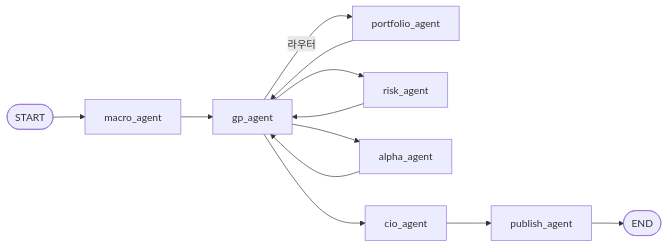
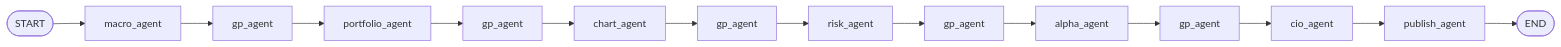
Before and after one commit to JamesYang76/AlphaInvest: the diagram in CODEBASE.md, drawn with Mermaid. The commit also changed other lines of this file and 58 other files, not shown here.

````diff
--- a/CODEBASE.md
+++ b/CODEBASE.md
@@ -11,14 +11,16 @@
 ```mermaid
 flowchart LR
   START([START]) --> Macro[macro_agent]
-  Macro --> GP[gp_agent]
-  GP -->|라우터| Portfolio[portfolio_agent]
-  Portfolio --> GP
-  GP --> Risk[risk_agent]
-  Risk --> GP
-  GP --> Alpha[alpha_agent]
-  Alpha --> GP
-  GP --> CIO[cio_agent]
+  Macro --> GP1[gp_agent]
+  GP1 --> Portfolio[portfolio_agent]
+  Portfolio --> GP2[gp_agent]
+  GP2 --> Chart[chart_agent]
+  Chart --> GP3[gp_agent]
+  GP3 --> Risk[risk_agent]
+  Risk --> GP4[gp_agent]
+  GP4 --> Alpha[alpha_agent]
+  Alpha --> GP5[gp_agent]
+  GP5 --> CIO[cio_agent]
   CIO --> Publish[publish_agent]
   Publish --> END([END])
 ```
````
